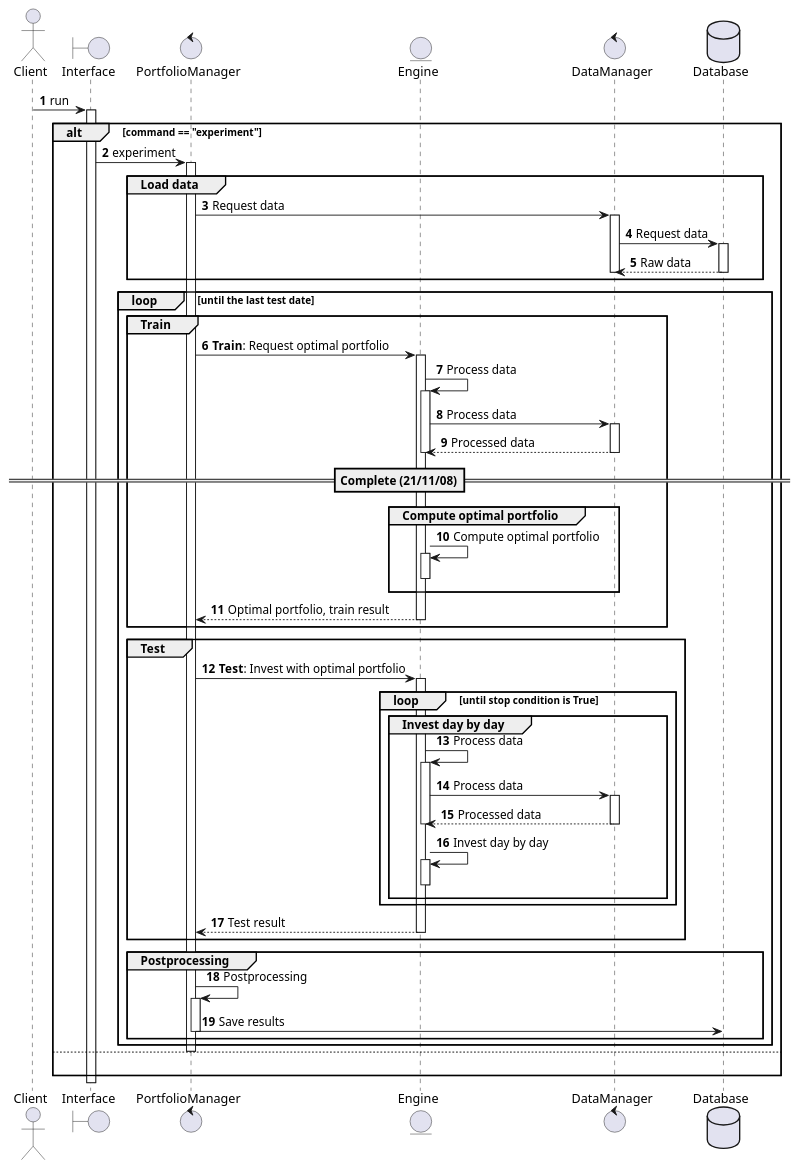
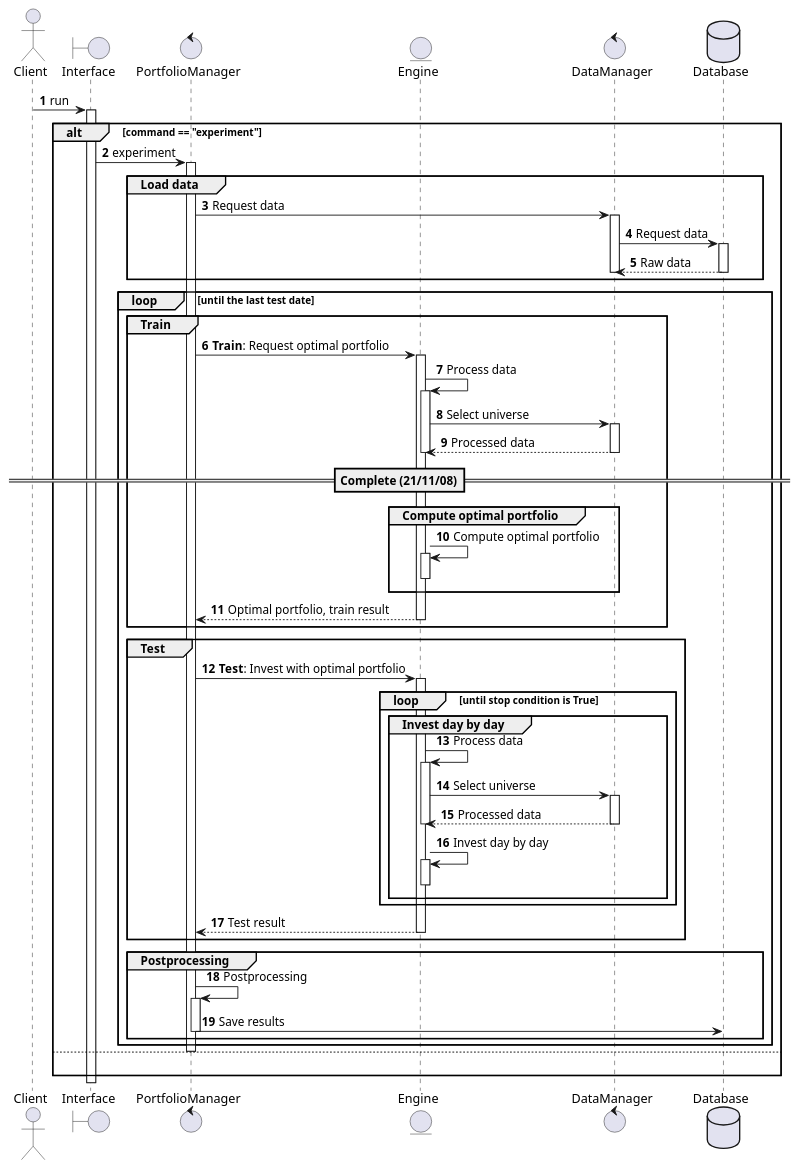
The diagram in algorithm/full_process.puml (alchemine/enhanced-index-tracking), drawn with PlantUML before and after one commit. The commit also changed 2 other files, not shown here.

Commit message:
Update diagram

```diff
--- a/algorithm/full_process.puml
+++ b/algorithm/full_process.puml
@@ -1,65 +1,65 @@
 @startuml
 autonumber
 
 actor Client as C
 boundary Interface as I
 control PortfolioManager as PM
 entity Engine as E
 control DataManager as DM
 database Database as DB
 
 
 C -> I ++: run
     alt command == "experiment"
         I -> PM ++: experiment
             group Load data
                 PM -> DM ++: Request data
                     DM -> DB ++: Request data
                         return Raw data
                     deactivate
             end
 
             loop until the last test date
                 group Train
                     PM -> E ++: **Train**: Request optimal portfolio
                         E -> E ++: Process data
-                            E -> DM ++: Process data
+                            E -> DM ++: Select universe
                                 return Processed data
                         deactivate E
 
                         ==Complete (21/11/08)==
 
                         group Compute optimal portfolio
                             E -> E ++: Compute optimal portfolio
                             deactivate
                         end
                         return Optimal portfolio, train result
                 end
 
                 group Test
                     PM -> E ++: **Test**: Invest with optimal portfolio
                         loop until stop condition is True
                             group Invest day by day
                                 E -> E ++: Process data
-                                    E -> DM ++: Process data
+                                    E -> DM ++: Select universe
                                         return Processed data
                                 deactivate E
 
                                 E -> E ++: Invest day by day
                                 deactivate
                             end
                         end
                         return Test result
                 end
 
                 group Postprocessing
                     PM -> PM ++: Postprocessing
                         PM -> DB: Save results
                     deactivate
                 end
             end
         deactivate
     else
         |||
     end
 @enduml
```
